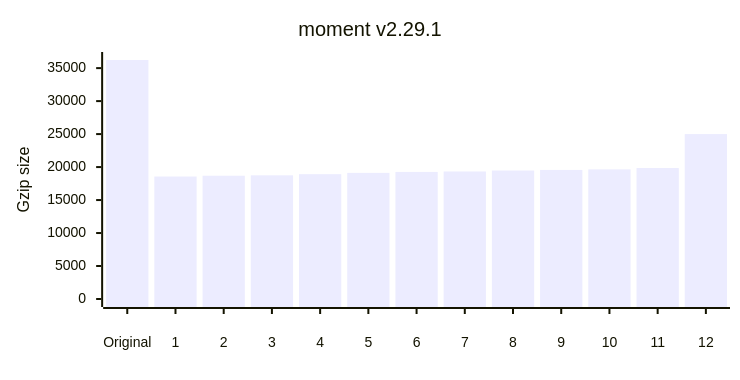
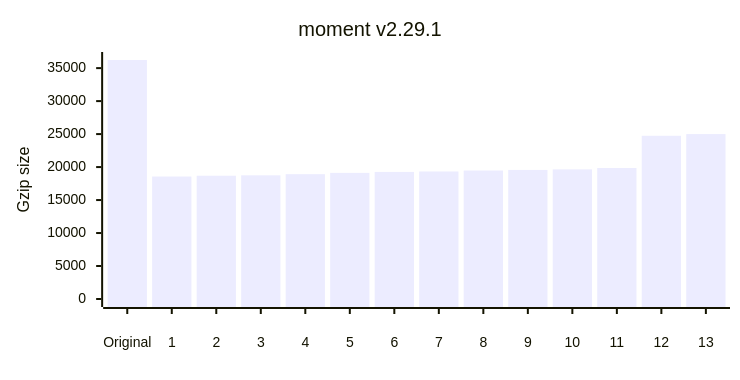
One commit to privatenumber/minification-benchmarks changed the second of 12 diagrams in README.md. Above: the diagram before and after it, drawn with Mermaid. The commit also changed other lines of this file and 1 other file, not shown here.

````diff
--- a/README.md
+++ b/README.md
@@ -117,17 +119,17 @@
 ```mermaid
 ---
 config:
     xyChart:
         width: 720
         height: 360
         xAxis:
             labelPadding: 20
         yAxis:
             labelPadding: 10
 ---
 xychart-beta
 	title "moment v2.29.1"
-	x-axis ["Original",1,2,3,4,5,6,7,8,9,10,11,12]
+	x-axis ["Original",1,2,3,4,5,6,7,8,9,10,11,12,13]
 	y-axis "Gzip size" 0 --> 36231
-	bar [36231,18568,18689,18747,18923,19119,19260,19333,19478,19569,19651,19857,24998]
+	bar [36231,18568,18689,18747,18923,19119,19260,19333,19478,19569,19651,19857,24744,24998]
 ```
````
